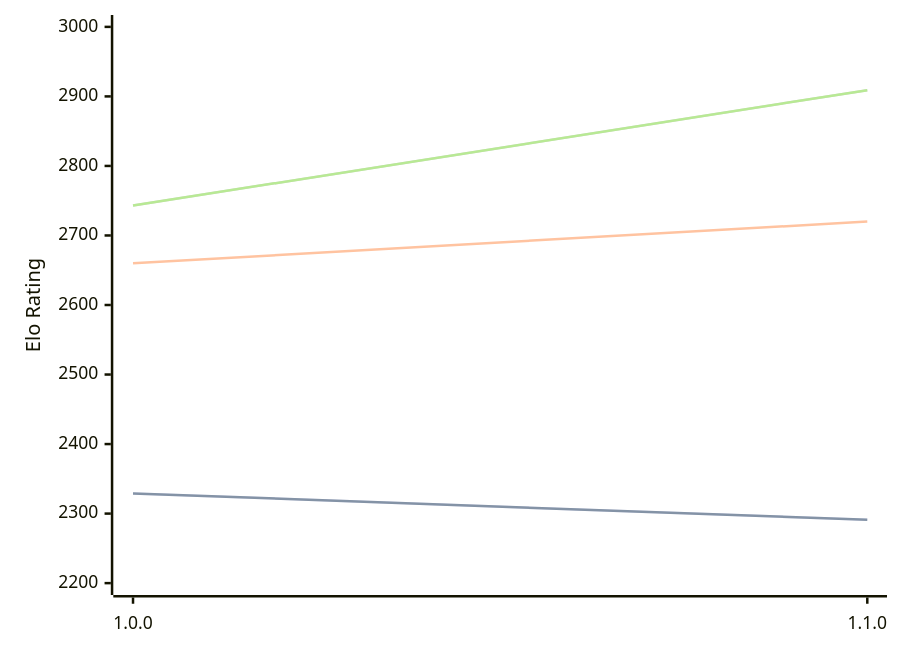
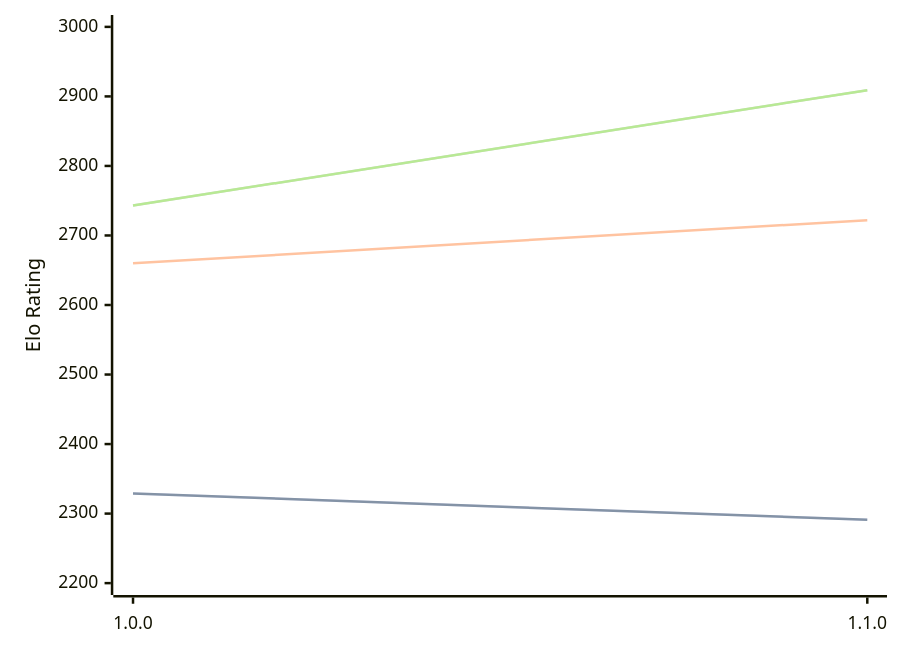
One commit to computer-chess-index/cci changed the diagram in engines/ShallowGuess.md. Above: the diagram before and after it, drawn with Mermaid. The commit also changed other lines of this file, not shown here.

````diff
--- a/engines/ShallowGuess.md
+++ b/engines/ShallowGuess.md
@@ -32,11 +32,11 @@
 ```mermaid
 %%{init: {"theme":"base","themeVariables":{"seriesColors:['#a3a3a3','#222221','#faa371']}}}%%
 xychart-beta
   x-axis ["1.0.0", "1.1.0"]
   y-axis "Elo Rating" 2200 --> 3000
   line "" [2329, 2291]
   line "STC (8.0+0.08s)" [2329, 2291]
-  line "LTC (60.0+0.60s)" [2660, 2720]
+  line "LTC (60.0+0.60s)" [2660, 2722]
   line "" [2743, 2909]
   line "VLTC (2m24s+1.12s)" [2743, 2909]
 ```
````
